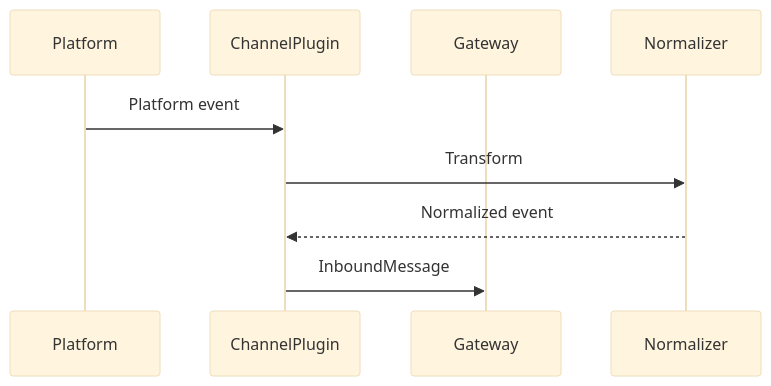
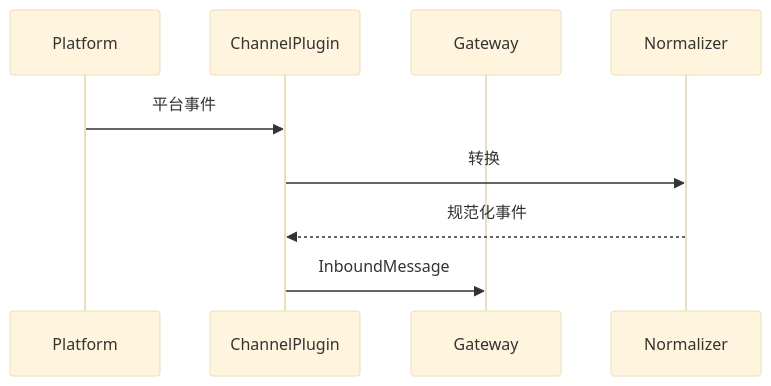
Before and after one commit to a576378368/openclaw_docs: the second of 6 diagrams in docs/zh/architecture-book/part-4-gateway-protocol/03-message-flow.md, drawn with Mermaid (base theme). The commit also changed other lines of this file and 4 other files, not shown here.

````diff
--- a/docs/zh/architecture-book/part-4-gateway-protocol/03-message-flow.md
+++ b/docs/zh/architecture-book/part-4-gateway-protocol/03-message-flow.md
@@ -53,12 +53,12 @@
 ```mermaid
 sequenceDiagram
     participant Platform
     participant ChannelPlugin
     participant Gateway
     participant Normalizer
 
-    Platform->>ChannelPlugin: Platform event
-    ChannelPlugin->>Normalizer: Transform
-    Normalizer-->>ChannelPlugin: Normalized event
+    Platform->>ChannelPlugin: 平台事件
+    ChannelPlugin->>Normalizer: 转换
+    Normalizer-->>ChannelPlugin: 规范化事件
     ChannelPlugin->>Gateway: InboundMessage
 ```
````
